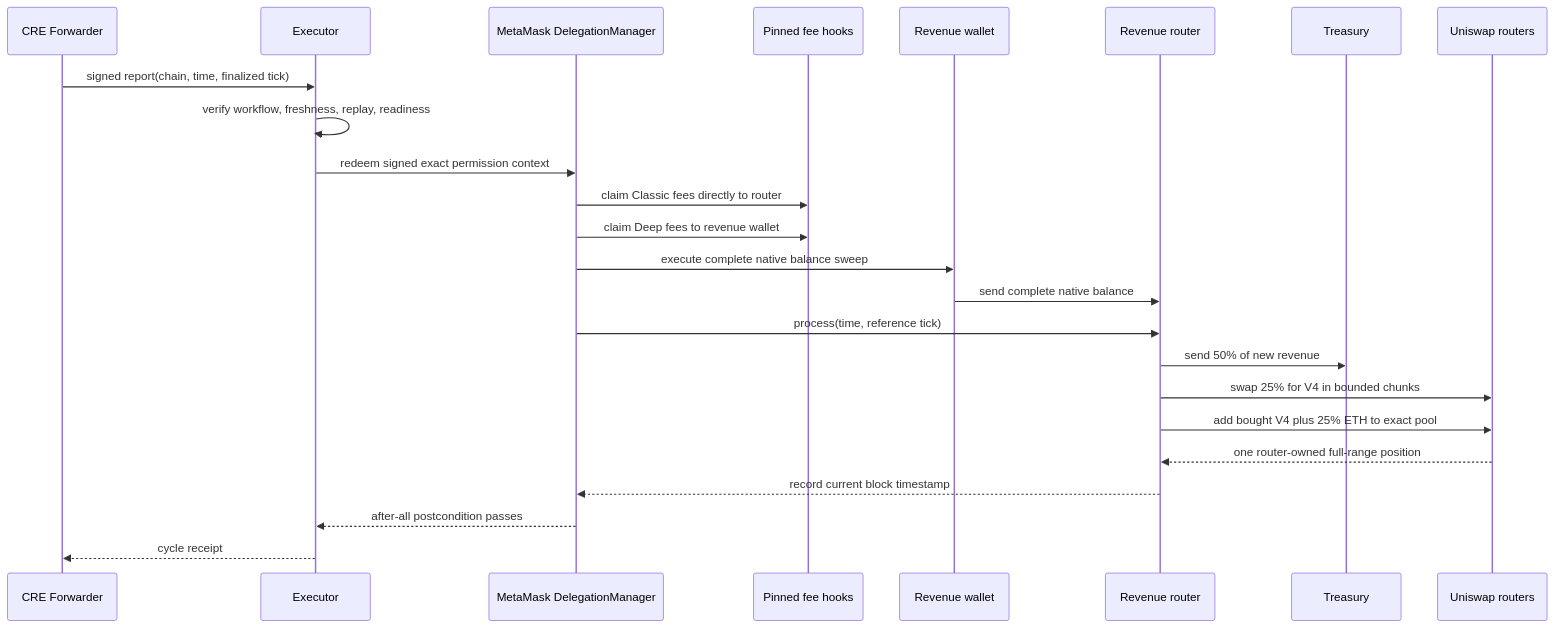
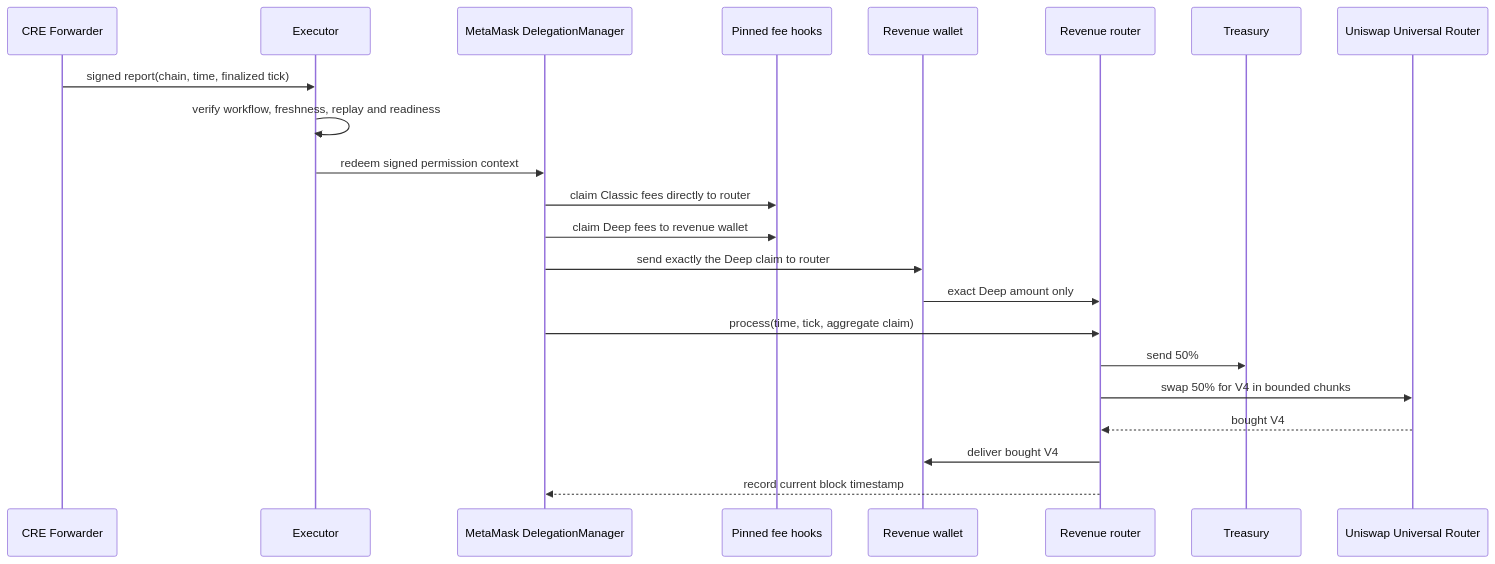
The second of 3 diagrams in contracts/security/PROTOCOL-REVENUE-V1-DIAGRAMS.md (0xprogrammable/PROGRAMMABLE), drawn with Mermaid before and after one commit. The commit also changed other lines of this file and 14 other files, not shown here.

````diff
--- a/contracts/security/PROTOCOL-REVENUE-V1-DIAGRAMS.md
+++ b/contracts/security/PROTOCOL-REVENUE-V1-DIAGRAMS.md
@@ -22,27 +20,25 @@
 ```mermaid
 sequenceDiagram
     participant C as CRE Forwarder
     participant E as Executor
     participant D as MetaMask DelegationManager
     participant H as Pinned fee hooks
     participant W as Revenue wallet
     participant R as Revenue router
     participant T as Treasury
-    participant U as Uniswap routers
+    participant U as Uniswap Universal Router
 
     C->>E: signed report(chain, time, finalized tick)
-    E->>E: verify workflow, freshness, replay, readiness
-    E->>D: redeem signed exact permission context
+    E->>E: verify workflow, freshness, replay and readiness
+    E->>D: redeem signed permission context
     D->>H: claim Classic fees directly to router
     D->>H: claim Deep fees to revenue wallet
-    D->>W: execute complete native balance sweep
-    W->>R: send complete native balance
-    D->>R: process(time, reference tick)
-    R->>T: send 50% of new revenue
-    R->>U: swap 25% for V4 in bounded chunks
-    R->>U: add bought V4 plus 25% ETH to exact pool
-    U-->>R: one router-owned full-range position
+    D->>W: send exactly the Deep claim to router
+    W->>R: exact Deep amount only
+    D->>R: process(time, tick, aggregate claim)
+    R->>T: send 50%
+    R->>U: swap 50% for V4 in bounded chunks
+    U-->>R: bought V4
+    R->>W: deliver bought V4
     R-->>D: record current block timestamp
-    D-->>E: after-all postcondition passes
-    E-->>C: cycle receipt
 ```
````
